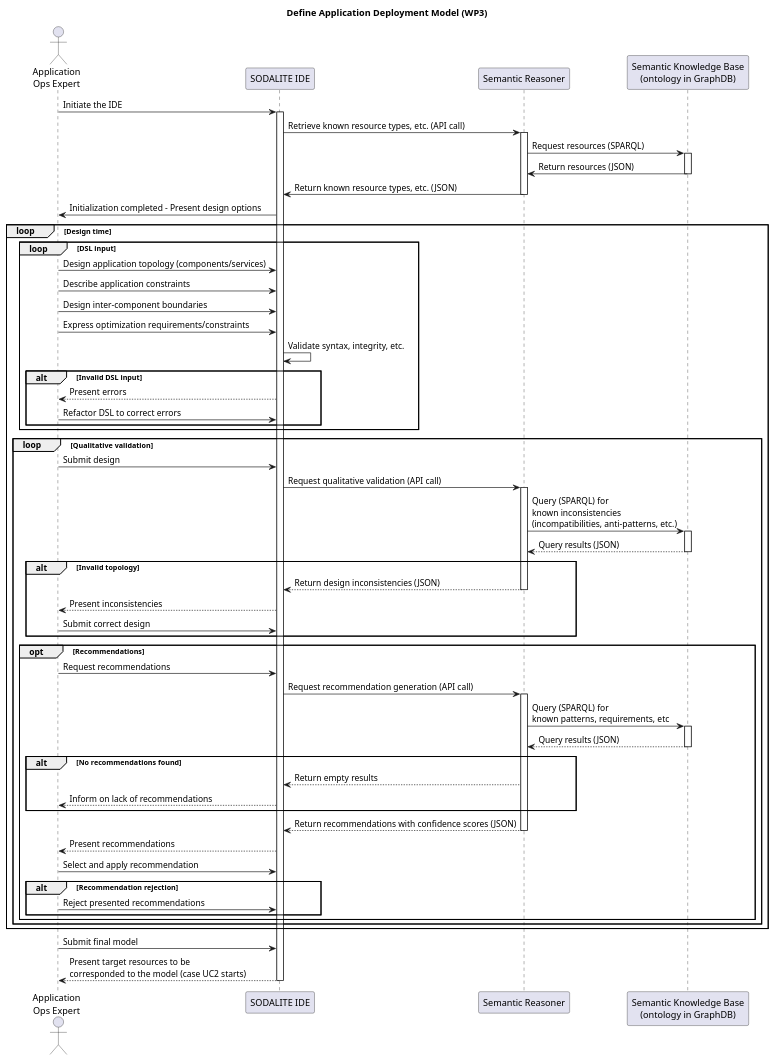
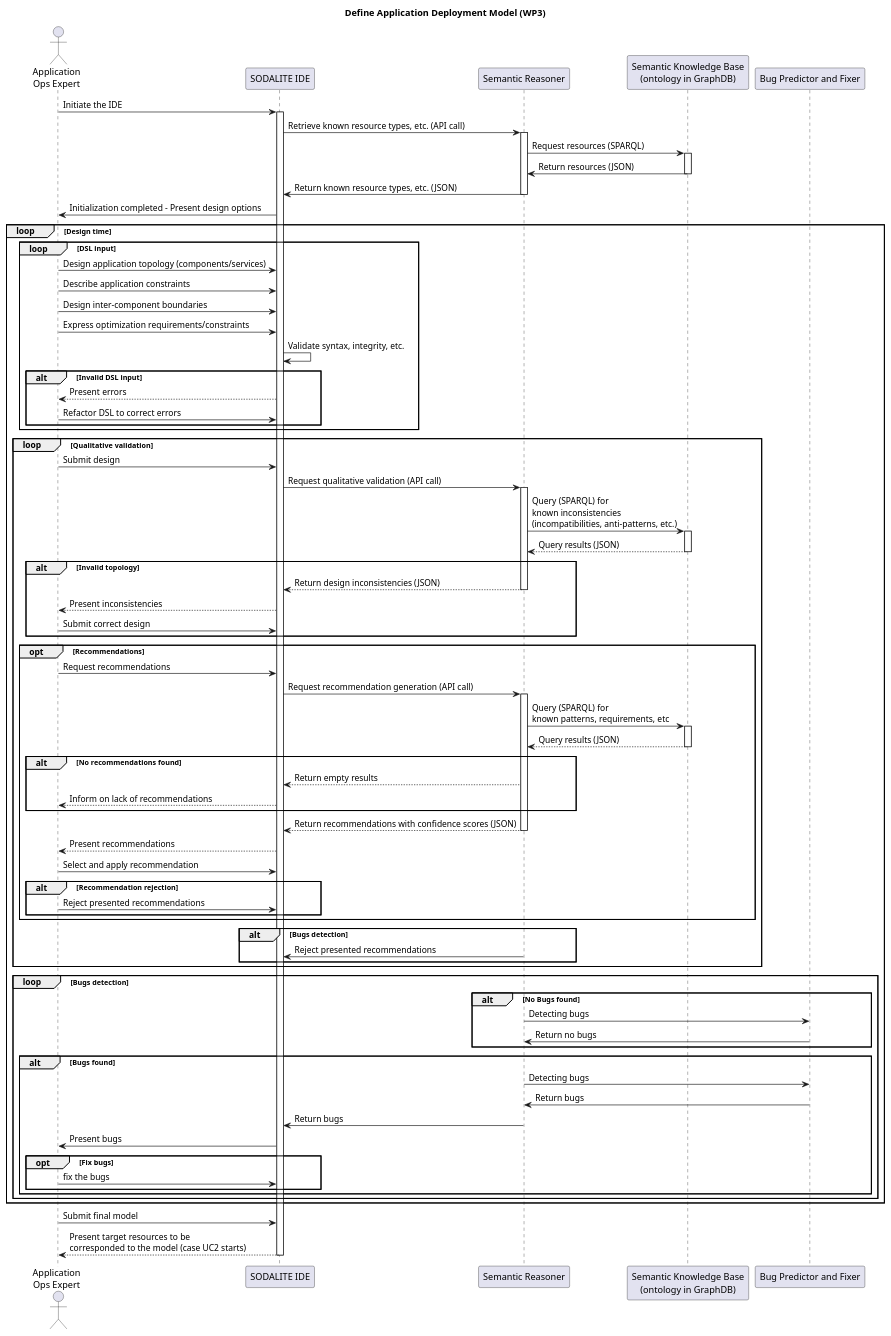
The diagram in uml/sequence-diagrams/UC-01-DefineApplicationDeploymentModel-WP3.puml (SODALITE-EU/project-wide-documentation), drawn with PlantUML before and after one commit. The commit also changed 1 other file, not shown here.

Commit message:
Add AAI and bug predictor

```diff
--- a/uml/sequence-diagrams/UC-01-DefineApplicationDeploymentModel-WP3.puml
+++ b/uml/sequence-diagrams/UC-01-DefineApplicationDeploymentModel-WP3.puml
@@ -1,91 +1,114 @@
 @startuml
 
 title Define Application Deployment Model (WP3)
 
 actor "Application\nOps Expert" as ops
 participant "SODALITE IDE" as editor
 participant "Semantic Reasoner" as reasoner
 participant "Semantic Knowledge Base\n(ontology in GraphDB)" as ontology
+participant "Bug Predictor and Fixer" as BugPredictor
 
 ops->editor: Initiate the IDE
 activate editor
 editor->reasoner: Retrieve known resource types, etc. (API call)
 activate reasoner
 reasoner->ontology: Request resources (SPARQL)
 activate ontology
 ontology->reasoner: Return resources (JSON)
 deactivate ontology
 reasoner->editor: Return known resource types, etc. (JSON)
 deactivate reasoner
 editor->ops: Initialization completed - Present design options
 
 loop Design time
 
     loop DSL input
         ops->editor: Design application topology (components/services)
         ops->editor: Describe application constraints
         ops->editor: Design inter-component boundaries
         ops->editor: Express optimization requirements/constraints
 
         editor -> editor: Validate syntax, integrity, etc.
 
         alt Invalid DSL input
             editor-->ops: Present errors
             ops->editor: Refactor DSL to correct errors
         end
     end
 
     loop Qualitative validation
 
         ops->editor: Submit design
         editor->reasoner: Request qualitative validation (API call)
 
         activate reasoner
         reasoner->ontology: Query (SPARQL) for \nknown inconsistencies\n(incompatibilities, anti-patterns, etc.)
         activate ontology
         ontology-->reasoner: Query results (JSON)
         deactivate ontology
 
         alt Invalid topology
             reasoner-->editor: Return design inconsistencies (JSON)
             deactivate reasoner
             editor-->ops: Present inconsistencies
             ops->editor: Submit correct design
         end
+        
+       
 
         opt Recommendations
             ops->editor: Request recommendations
             editor->reasoner: Request recommendation generation (API call)
             activate reasoner
             reasoner->ontology: Query (SPARQL) for \nknown patterns, requirements, etc
             activate ontology
             ontology-->reasoner: Query results (JSON)
             deactivate ontology
 
             alt No recommendations found
                 reasoner-->editor: Return empty results
                 editor-->ops: Inform on lack of recommendations
             end
 
             reasoner-->editor: Return recommendations with confidence scores (JSON)
             deactivate reasoner
 
             editor-->ops: Present recommendations
             ops->editor: Select and apply recommendation
 
             alt Recommendation rejection
                 ops->editor: Reject presented recommendations
             end
         end
+        
+         alt Bugs detection
+                reasoner->editor: Reject presented recommendations
+         end
     end
 
+  loop Bugs detection
+       alt No Bugs found
+            reasoner->BugPredictor: Detecting bugs
+            BugPredictor->reasoner: Return no bugs
+       end
+       
+       alt Bugs found
+            reasoner->BugPredictor: Detecting bugs
+            BugPredictor->reasoner: Return bugs
+            reasoner->editor: Return bugs
+            editor->ops: Present bugs
+            opt Fix bugs
+              ops->editor: fix the bugs
+            end
+       end
+   end
 end
 
 ops->editor: Submit final model
 
 editor-->ops: Present target resources to be \ncorresponded to the model (case UC2 starts)
 
 deactivate editor
 
 
 @enduml
```
